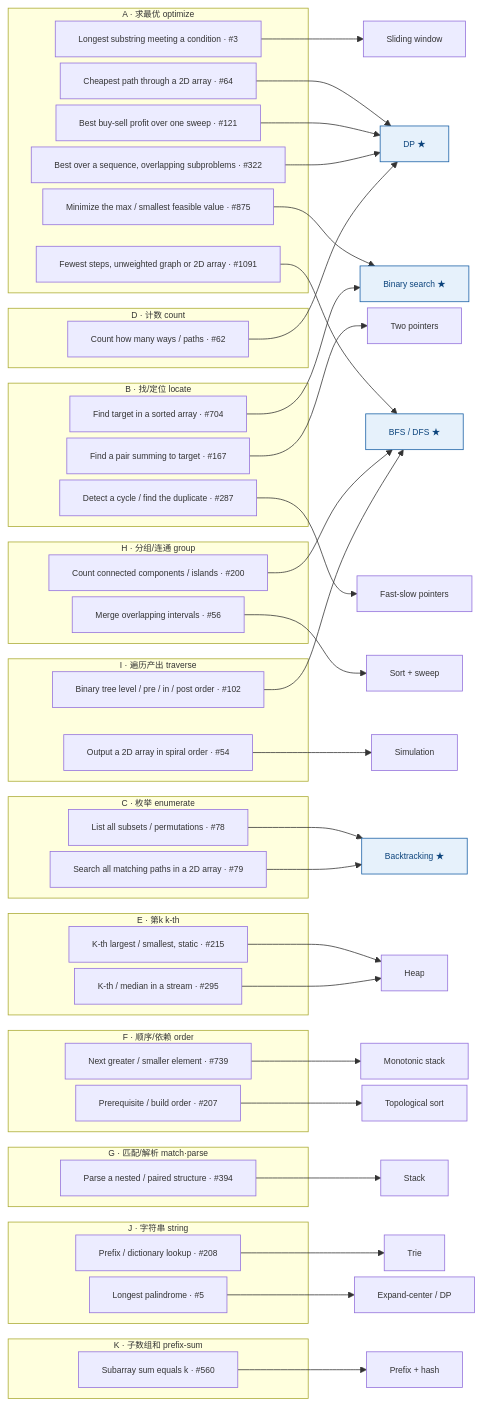
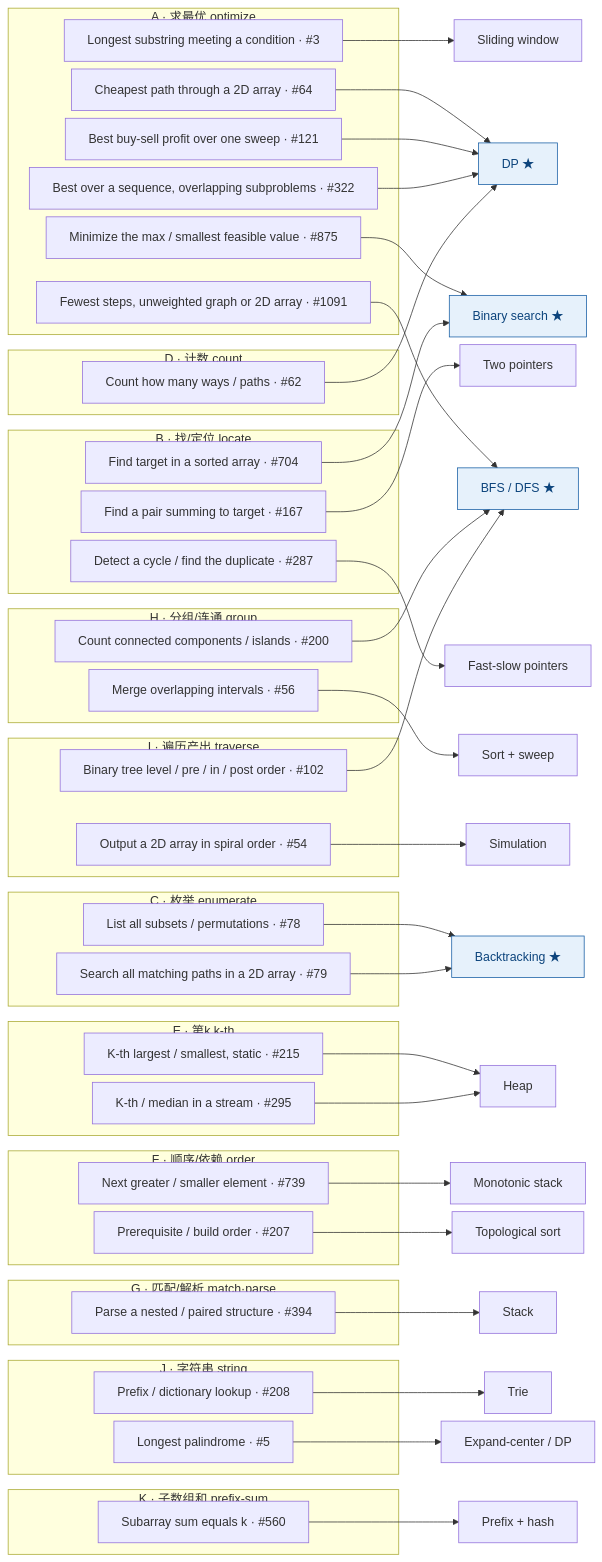
Before and after one commit to zhnzhang61/cs-resources: the diagram in lc-coverage-framework.md, drawn with Mermaid.

Commit message:
Fix Mermaid not rendering on GitHub: double-quote the init directive
The %%{init}%% directive used single quotes, which isn't valid JSON
— GitHub's Mermaid parser rejects it and renders nothing. Switched
to double quotes and trimmed to flowchart spacing keys only.

````diff
--- a/lc-coverage-framework.md
+++ b/lc-coverage-framework.md
@@ -98,76 +98,76 @@
 ```mermaid
-%%{init: {'flowchart': {'nodeSpacing': 8, 'rankSpacing': 60, 'wrappingWidth': 420}, 'themeVariables': {'fontSize': '11px'}}}%%
+%%{init: {"flowchart": {"nodeSpacing": 10, "rankSpacing": 55, "wrappingWidth": 400}}}%%
 flowchart LR
   subgraph A["A · 求最优 optimize"]
     t1["Longest substring meeting a condition · #3"]
     t2["Minimize the max / smallest feasible value · #875"]
     t3["Fewest steps, unweighted graph or 2D array · #1091"]
     t4["Cheapest path through a 2D array · #64"]
     t5["Best buy-sell profit over one sweep · #121"]
     t6["Best over a sequence, overlapping subproblems · #322"]
   end
   subgraph B["B · 找/定位 locate"]
     t7["Find target in a sorted array · #704"]
     t8["Find a pair summing to target · #167"]
     t9["Detect a cycle / find the duplicate · #287"]
   end
   subgraph C["C · 枚举 enumerate"]
     t10["List all subsets / permutations · #78"]
     t11["Search all matching paths in a 2D array · #79"]
   end
   subgraph D["D · 计数 count"]
     t12["Count how many ways / paths · #62"]
   end
   subgraph E["E · 第k k-th"]
     t13["K-th largest / smallest, static · #215"]
     t22["K-th / median in a stream · #295"]
   end
   subgraph F["F · 顺序/依赖 order"]
     t14["Next greater / smaller element · #739"]
     t15["Prerequisite / build order · #207"]
   end
   subgraph G["G · 匹配/解析 match·parse"]
     t18["Parse a nested / paired structure · #394"]
   end
   subgraph H["H · 分组/连通 group"]
     t16["Count connected components / islands · #200"]
     t17["Merge overlapping intervals · #56"]
   end
   subgraph I["I · 遍历产出 traverse"]
     t19["Output a 2D array in spiral order · #54"]
     t23["Binary tree level / pre / in / post order · #102"]
   end
   subgraph J["J · 字符串 string"]
     t20["Prefix / dictionary lookup · #208"]
     t24["Longest palindrome · #5"]
   end
   subgraph K["K · 子数组和 prefix-sum"]
     t21["Subarray sum equals k · #560"]
   end
   t1 --> aSW["Sliding window"]
   t2 --> aBS["Binary search ★"]
   t3 --> aBFS["BFS / DFS ★"]
   t4 --> aDP["DP ★"]
   t5 --> aDP
   t6 --> aDP
   t7 --> aBS
   t8 --> a2P["Two pointers"]
   t9 --> aFS["Fast-slow pointers"]
   t10 --> aBT["Backtracking ★"]
   t11 --> aBT
   t12 --> aDP
   t13 --> aHeap["Heap"]
   t14 --> aMS["Monotonic stack"]
   t15 --> aTopo["Topological sort"]
   t16 --> aBFS
   t17 --> aSweep["Sort + sweep"]
   t18 --> aStack["Stack"]
   t19 --> aSim["Simulation"]
   t20 --> aTrie["Trie"]
   t21 --> aPre["Prefix + hash"]
   t22 --> aHeap
   t23 --> aBFS
   t24 --> aExpand["Expand-center / DP"]
   classDef hub fill:#E6F1FB,stroke:#185FA5,color:#0C447C;
   class aBS,aBFS,aDP,aBT hub;
 ```
````
